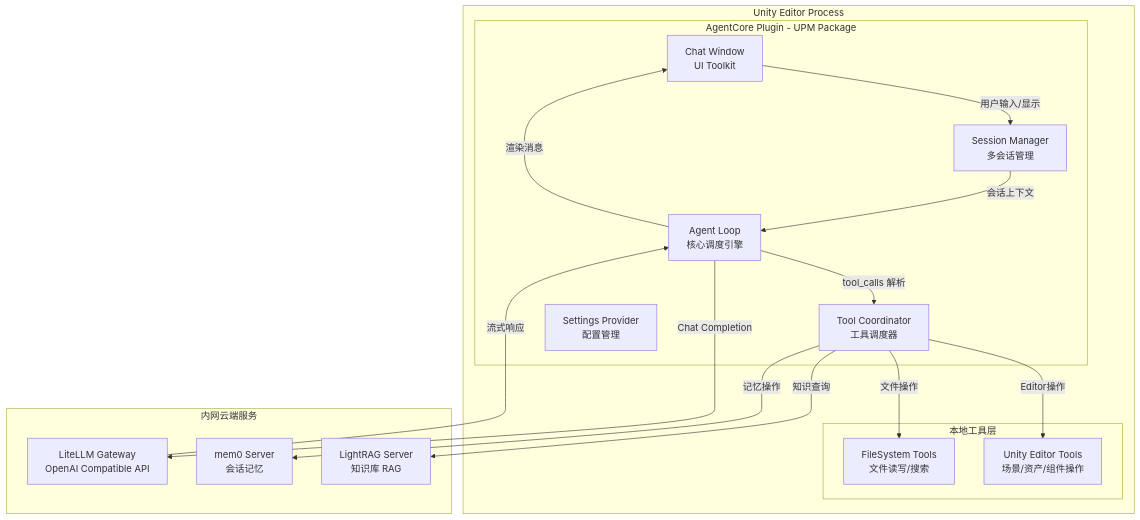
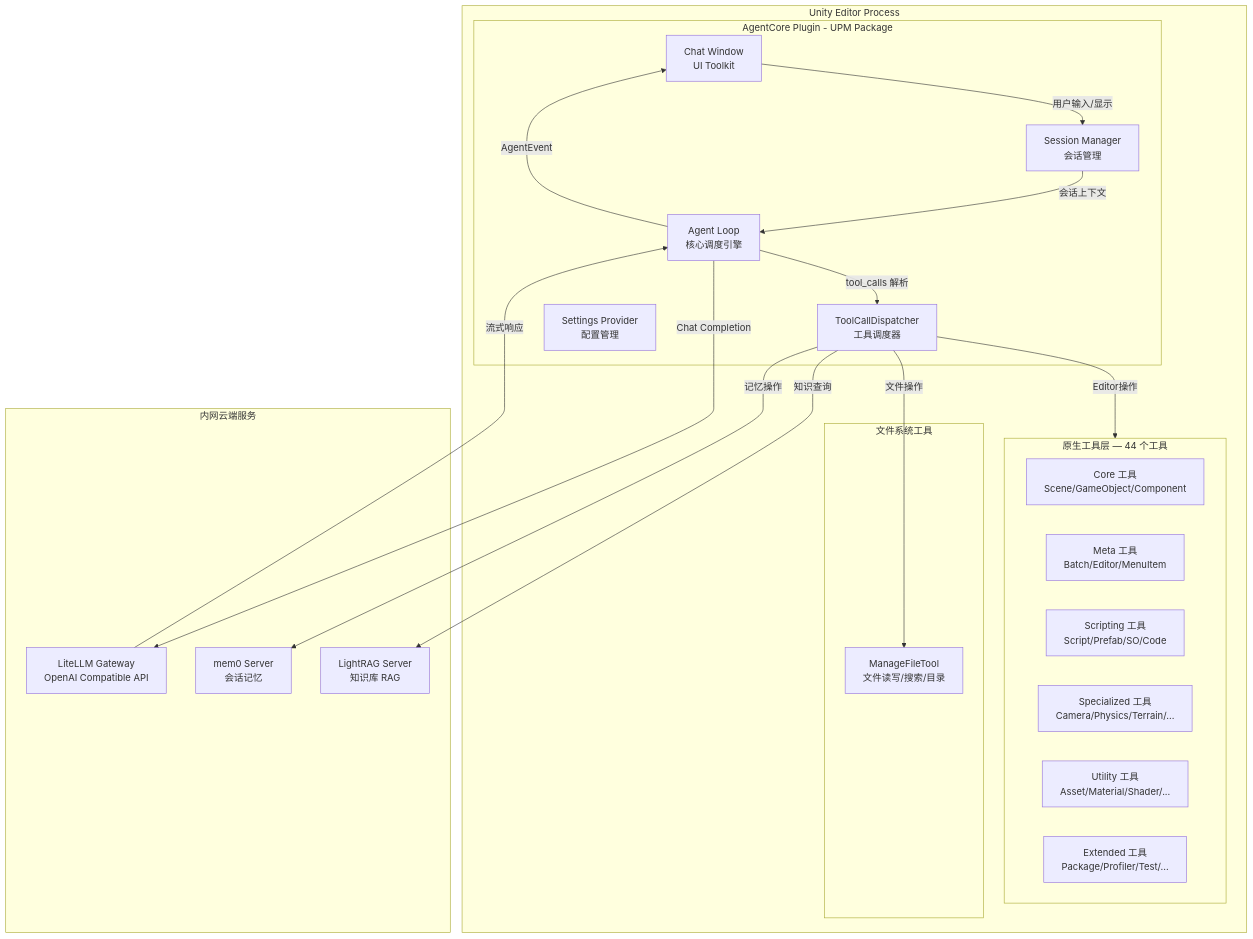
One commit to BakaAkari/AgentCore-Unity changed the first of 8 diagrams in plans/ARCHITECTURE.md. Above: the diagram before and after it, drawn with Mermaid. The commit also changed other lines of this file and 4 other files, not shown here.

````diff
--- a/plans/ARCHITECTURE.md
+++ b/plans/ARCHITECTURE.md
@@ -48,34 +50,42 @@
 ```mermaid
 graph TB
     subgraph UnityEditor[Unity Editor Process]
         subgraph Plugin[AgentCore Plugin - UPM Package]
             UI[Chat Window<br/>UI Toolkit]
-            SM[Session Manager<br/>多会话管理]
+            SM[Session Manager<br/>会话管理]
             AL[Agent Loop<br/>核心调度引擎]
-            TC[Tool Coordinator<br/>工具调度器]
+            TD[ToolCallDispatcher<br/>工具调度器]
             CFG[Settings Provider<br/>配置管理]
         end
         
-        subgraph LocalTools[本地工具层]
-            FS[FileSystem Tools<br/>文件读写/搜索]
-            UE[Unity Editor Tools<br/>场景/资产/组件操作]
+        subgraph NativeTools[原生工具层 — 44 个工具]
+            Core[Core 工具<br/>Scene/GameObject/Component]
+            Meta[Meta 工具<br/>Batch/Editor/MenuItem]
+            Scripting[Scripting 工具<br/>Script/Prefab/SO/Code]
+            Specialized[Specialized 工具<br/>Camera/Physics/Terrain/...]
+            Utility[Utility 工具<br/>Asset/Material/Shader/...]
+            Extended[Extended 工具<br/>Package/Profiler/Test/...]
+        end
+        
+        subgraph FileTools[文件系统工具]
+            FS[ManageFileTool<br/>文件读写/搜索/目录]
         end
     end
     
     subgraph CloudServices[内网云端服务]
         LLM[LiteLLM Gateway<br/>OpenAI Compatible API]
         MEM0[mem0 Server<br/>会话记忆]
         LRAG[LightRAG Server<br/>知识库 RAG]
     end
     
     UI -->|用户输入/显示| SM
     SM -->|会话上下文| AL
     AL -->|Chat Completion| LLM
-    AL -->|tool_calls 解析| TC
-    TC -->|记忆操作| MEM0
-    TC -->|知识查询| LRAG
-    TC -->|文件操作| FS
-    TC -->|Editor操作| UE
+    AL -->|tool_calls 解析| TD
+    TD -->|记忆操作| MEM0
+    TD -->|知识查询| LRAG
+    TD -->|文件操作| FS
+    TD -->|Editor操作| NativeTools
     LLM -->|流式响应| AL
-    AL -->|渲染消息| UI
+    AL -->|AgentEvent| UI
 ```
````
